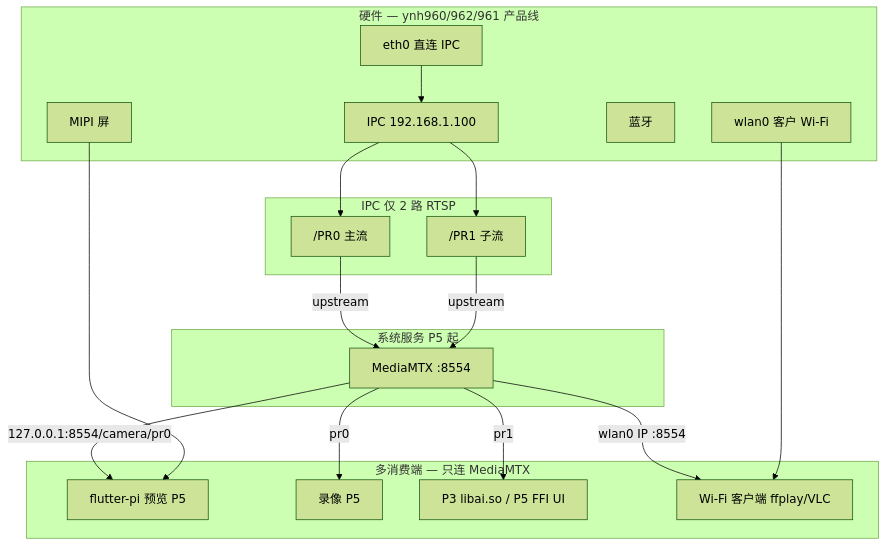
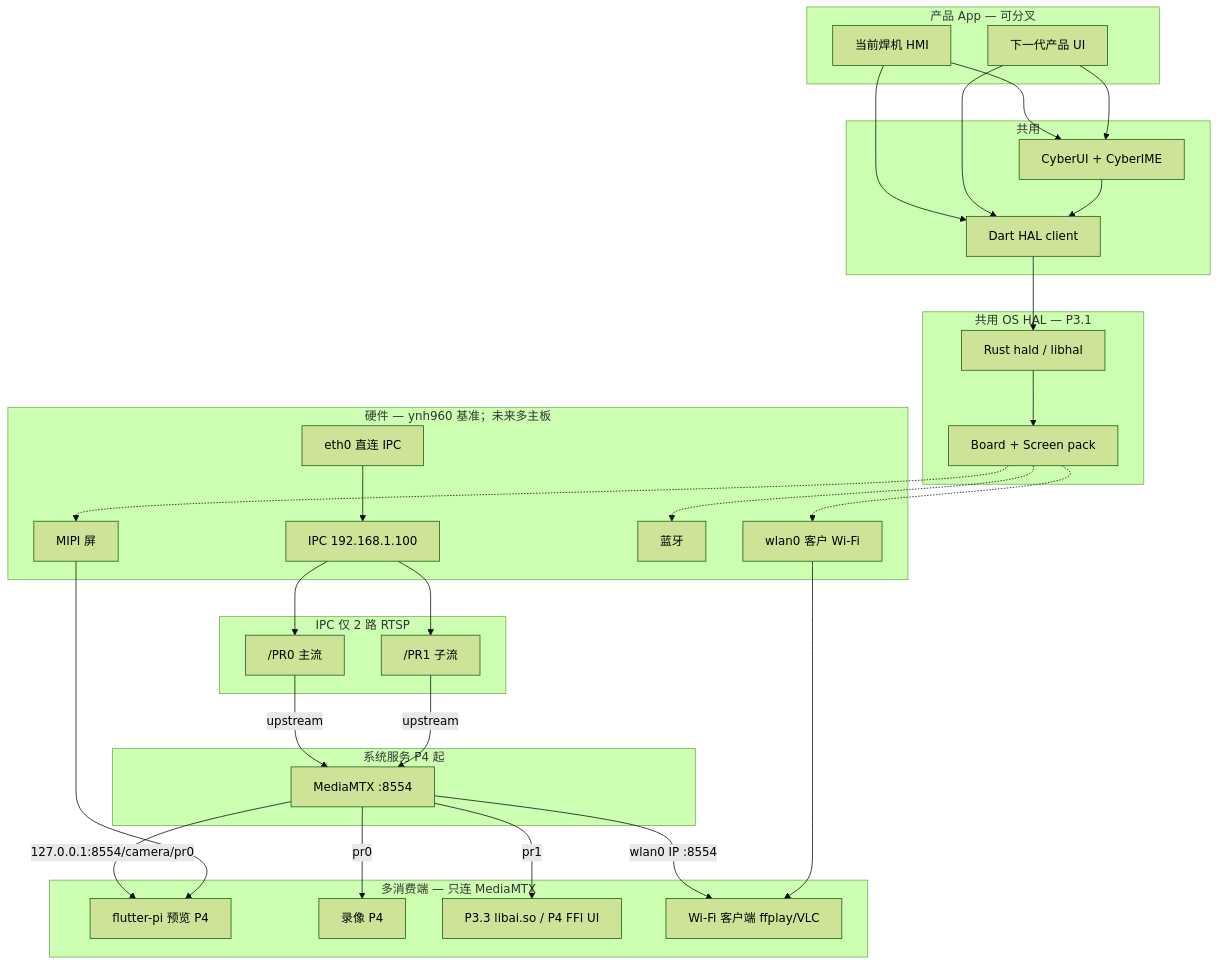
One commit to feng268050-ctrl/flutter_app changed the first of 3 diagrams in docs/flutter-pi-hmi-plan.md. Above: the diagram before and after it, drawn with Mermaid (forest theme). The commit also changed other lines of this file and 26 other files, not shown here.

First line of the commit message:
Plan Rust HAL platform with CyberUI phase realign.

````diff
--- a/docs/flutter-pi-hmi-plan.md
+++ b/docs/flutter-pi-hmi-plan.md
@@ -181,38 +158,61 @@
 ```mermaid
 flowchart TB
-  subgraph hw [硬件 — ynh960/962/961 产品线]
+  subgraph apps [产品 App — 可分叉]
+    AppA[当前焊机 HMI]
+    AppB[下一代产品 UI]
+  end
+  subgraph ui [共用]
+    CyberUI[CyberUI + CyberIME]
+    HalClient[Dart HAL client]
+  end
+  subgraph hal [共用 OS HAL — P3.1]
+    Hald[Rust hald / libhal]
+    Pack[Board + Screen pack]
+  end
+  AppA --> CyberUI
+  AppB --> CyberUI
+  AppA --> HalClient
+  AppB --> HalClient
+  CyberUI --> HalClient
+  HalClient --> Hald
+  Hald --> Pack
+  subgraph hw [硬件 — ynh960 基准；未来多主板]
     IPC[IPC 192.168.1.100]
     ETH[eth0 直连 IPC]
     WIFI[wlan0 客户 Wi‑Fi]
     BT[蓝牙]
     LCD[MIPI 屏]
   end
 
   subgraph cam [IPC 仅 2 路 RTSP]
     PR0["/PR0 主流"]
     PR1["/PR1 子流"]
   end
 
-  subgraph svc [系统服务 P5 起]
+  Pack -.-> WIFI
+  Pack -.-> BT
+  Pack -.-> LCD
+
+  subgraph svc [系统服务 P4 起]
     MTX[MediaMTX :8554]
   end
 
   subgraph consumers [多消费端 — 只连 MediaMTX]
-    FP[flutter-pi 预览 P5]
-    REC[录像 P5]
-    AI[P3 libai.so / P5 FFI UI]
+    FP[flutter-pi 预览 P4]
+    REC[录像 P4]
+    AI[P3.3 libai.so / P4 FFI UI]
     LAN[Wi‑Fi 客户端 ffplay/VLC]
   end
 
   ETH --> IPC
   IPC --> PR0
   IPC --> PR1
   PR0 -->|upstream| MTX
   PR1 -->|upstream| MTX
   MTX -->|127.0.0.1:8554/camera/pr0| FP
   MTX -->|pr0| REC
   MTX -->|pr1| AI
   MTX -->|wlan0 IP :8554| LAN
   WIFI --> LAN
   LCD --> FP
 ```
````
